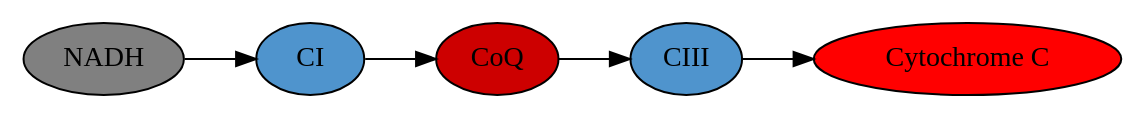
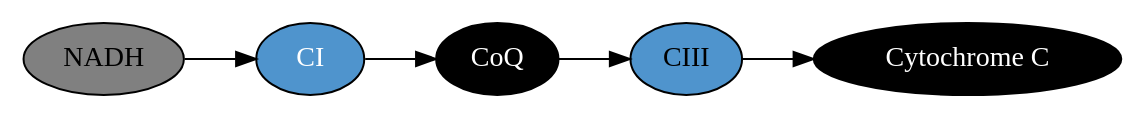
One commit to hendersonmpa/study-notes changed the second of 6 diagrams in methods/mito/mito.org. Above: the diagram before and after it, drawn with Graphviz. The commit also changed other lines of this file and 19 other files, not shown here.

```diff
--- a/methods/mito/mito.org
+++ b/methods/mito/mito.org
@@ -114,17 +114,17 @@
 #+BEGIN_SRC dot :file ./mito/figures/c1c3.pdf :cmdline -Kdot -Tpdf
   digraph {
            // graph from left to right
            rankdir=LR;
            splines=true;
            node [shape=oval];
            nadh [label="NADH", fillcolor=grey, style=filled];
-           c1 [label="CI", fillcolor=steelblue3, style=filled];
-           q [label="CoQ", fillcolor=red3, style=filled];    
+           c1 [label="CI", fillcolor=steelblue3,fontcolor=white, style=filled];
+           q [label="CoQ", fillcolor=black, fontcolor=white,style=filled];    
            c3 [label="CIII", fillcolor=steelblue3, style=filled];     
-           cytc [label="Cytochrome C", fillcolor=red, style=filled];     
+           cytc [label="Cytochrome C", fillcolor=black,fontcolor=white, style=filled];     
            nadh -> c1;
            c1 -> q;
            q -> c3;
            c3 -> cytc; 	 
            }    
 #+END_SRC
```
